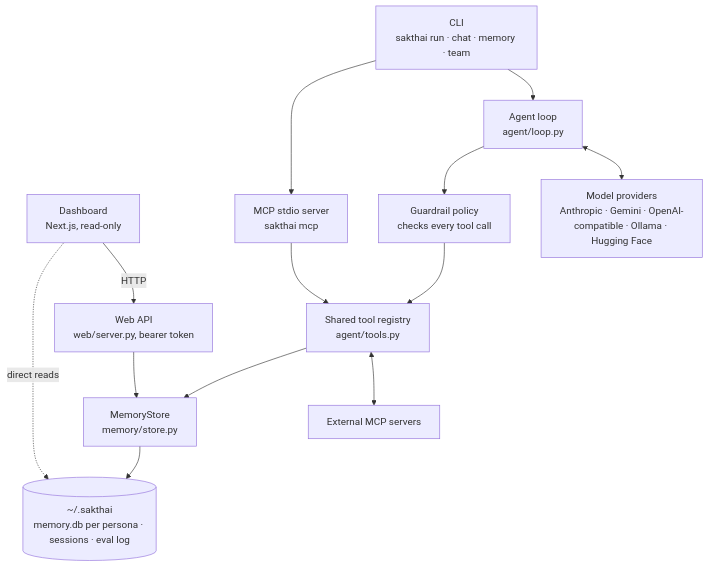
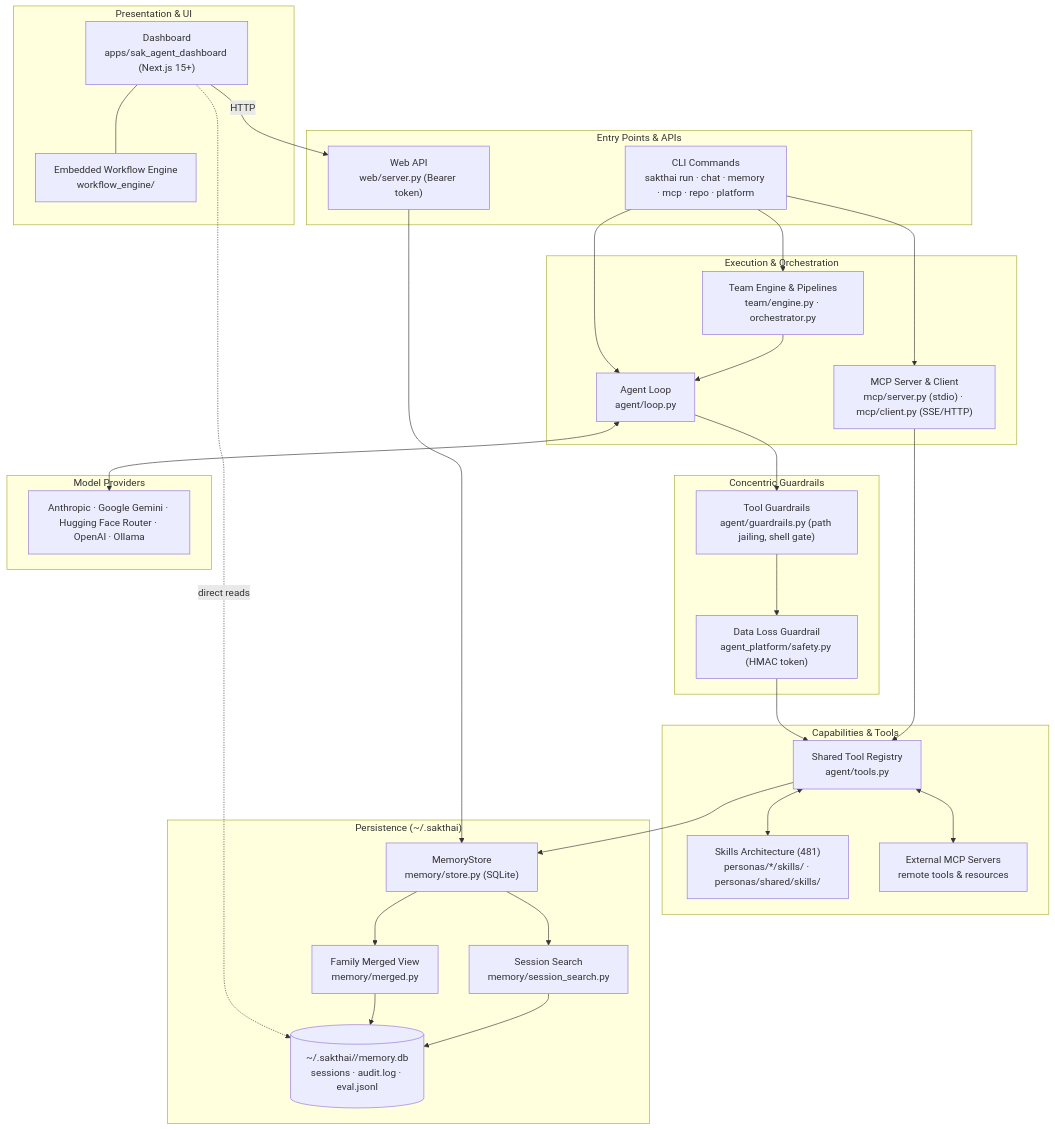
Before and after one commit to beer-sakthai/Sak-Family-Agent: the diagram in README.md, drawn with Mermaid. The commit also changed other lines of this file and 4 other files, not shown here.

Commit message:
docs: update architecture paths across skills, memory, safety, and operations, and align readme

````diff
--- a/README.md
+++ b/README.md
@@ -127,25 +127,57 @@
 ```mermaid
 flowchart TD
-    DASH["Dashboard<br/>Next.js, read-only"]
-    WEB["Web API<br/>web/server.py, bearer token"]
-    CLI["CLI<br/>sakthai run · chat · memory · team"]
-    LOOP["Agent loop<br/>agent/loop.py"]
-    MCP["MCP stdio server<br/>sakthai mcp"]
-    GUARD["Guardrail policy<br/>checks every tool call"]
-    TOOLS["Shared tool registry<br/>agent/tools.py"]
-    STORE["MemoryStore<br/>memory/store.py"]
-    HOME[("~/.sakthai<br/>memory.db per persona · sessions · eval log")]
-    PROV["Model providers<br/>Anthropic · Gemini · OpenAI-compatible · Ollama · Hugging Face"]
-    EXT["External MCP servers"]
+    subgraph Presentation ["Presentation & UI"]
+        DASH["Dashboard<br/>apps/sak_agent_dashboard (Next.js 15+)"]
+        ENG["Embedded Workflow Engine<br/>workflow_engine/"]
+        DASH --- ENG
+    end
+
+    subgraph Entrypoints ["Entry Points & APIs"]
+        WEB["Web API<br/>web/server.py (Bearer token)"]
+        CLI["CLI Commands<br/>sakthai run · chat · memory · mcp · repo · platform"]
+    end
+
+    subgraph Execution ["Execution & Orchestration"]
+        LOOP["Agent Loop<br/>agent/loop.py"]
+        TEAM["Team Engine & Pipelines<br/>team/engine.py · orchestrator.py"]
+        MCP["MCP Server & Client<br/>mcp/server.py (stdio) · mcp/client.py (SSE/HTTP)"]
+    end
+
+    subgraph Safety ["Concentric Guardrails"]
+        GUARD["Tool Guardrails<br/>agent/guardrails.py (path jailing, shell gate)"]
+        SAFE["Data Loss Guardrail<br/>agent_platform/safety.py (HMAC token)"]
+    end
+
+    subgraph Capabilities ["Capabilities & Tools"]
+        TOOLS["Shared Tool Registry<br/>agent/tools.py"]
+        SKILLS["Skills Architecture (481)<br/>personas/*/skills/ · personas/shared/skills/"]
+        EXT["External MCP Servers<br/>remote tools & resources"]
+    end
+
+    subgraph Storage ["Persistence (~/.sakthai)"]
+        STORE["MemoryStore<br/>memory/store.py (SQLite)"]
+        SEARCH["Session Search<br/>memory/session_search.py"]
+        FAMILY["Family Merged View<br/>memory/merged.py"]
+        HOME[("~/.sakthai/<persona>/memory.db<br/>sessions · audit.log · eval.jsonl")]
+    end
+
+    subgraph Providers ["Model Providers"]
+        PROV["Anthropic · Google Gemini · Hugging Face Router · OpenAI · Ollama"]
+    end
 
     DASH -- HTTP --> WEB
     DASH -. direct reads .-> HOME
     WEB --> STORE
     CLI --> LOOP
+    CLI --> TEAM
     CLI --> MCP
     LOOP <--> PROV
-    LOOP --> GUARD --> TOOLS
+    LOOP --> GUARD --> SAFE --> TOOLS
+    TEAM --> LOOP
     MCP --> TOOLS
     TOOLS <--> EXT
-    TOOLS --> STORE --> HOME
+    TOOLS <--> SKILLS
+    TOOLS --> STORE
+    STORE --> FAMILY --> HOME
+    STORE --> SEARCH --> HOME
 ```
````
